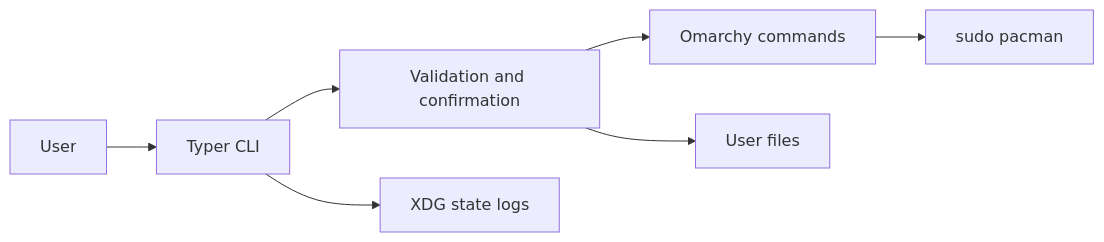
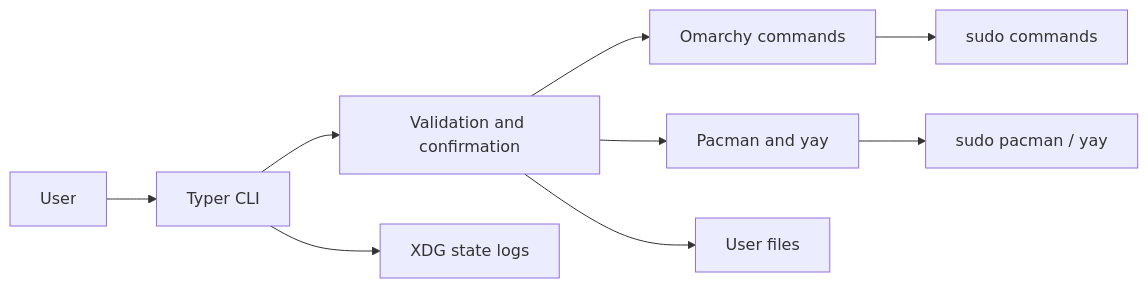
Before and after one commit to Armoghans-Organization/Omarchy-Tweaker: the first of 3 diagrams in docs/security.md, drawn with Mermaid. The commit also changed other lines of this file and 19 other files, not shown here.

````diff
--- a/docs/security.md
+++ b/docs/security.md
@@ -20,9 +20,11 @@
 ```mermaid
 flowchart LR
     U[User] --> CLI[Typer CLI]
     CLI --> V[Validation and confirmation]
     V --> O[Omarchy commands]
+    V --> PM[Pacman and yay]
     V --> FS[User files]
-    O --> P[sudo pacman]
+    O --> S[sudo commands]
+    PM --> P[sudo pacman / yay]
     CLI --> L[XDG state logs]
 ```
````
